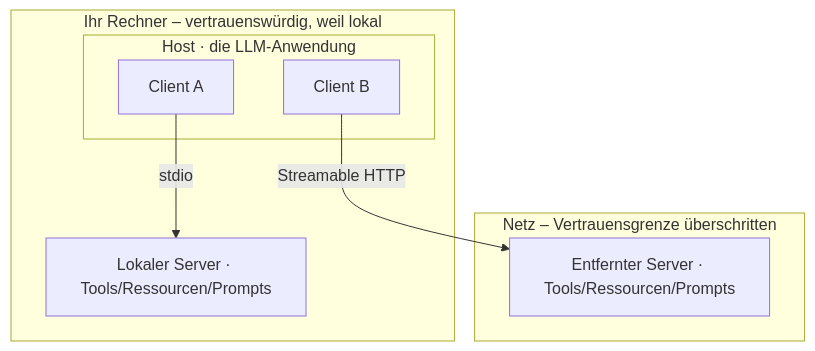
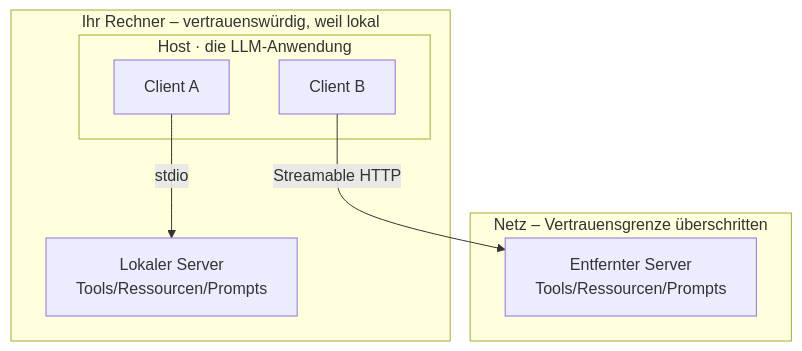
The first of 2 diagrams in i18n/de/docusaurus-plugin-content-docs/current/part-2-agents/mcp/deep-dive.md (NikolaiSachok/ai-engineering-handbook), drawn with Mermaid before and after one commit. The commit also changed 21 other files, not shown here.

First line of the commit message:
fix(i18n): reconcile 28 drifted diagrams and make the parity gate read inside a fence (#453)

````diff
--- a/i18n/de/docusaurus-plugin-content-docs/current/part-2-agents/mcp/deep-dive.md
+++ b/i18n/de/docusaurus-plugin-content-docs/current/part-2-agents/mcp/deep-dive.md
@@ -35,15 +35,15 @@
 ```mermaid
 flowchart TB
     subgraph Trusted["Ihr Rechner – vertrauenswürdig, weil lokal"]
         subgraph Host["Host · die LLM-Anwendung"]
             CA["Client A"]
             CB["Client B"]
         end
-        SL["Lokaler Server · Tools/Ressourcen/Prompts"]
+        SL["Lokaler Server<br/>Tools/Ressourcen/Prompts"]
         CA -->|"stdio"| SL
     end
     subgraph Untrusted["Netz – Vertrauensgrenze überschritten"]
-        SR["Entfernter Server · Tools/Ressourcen/Prompts"]
+        SR["Entfernter Server<br/>Tools/Ressourcen/Prompts"]
     end
     CB -->|"Streamable HTTP"| SR
 ```
````
